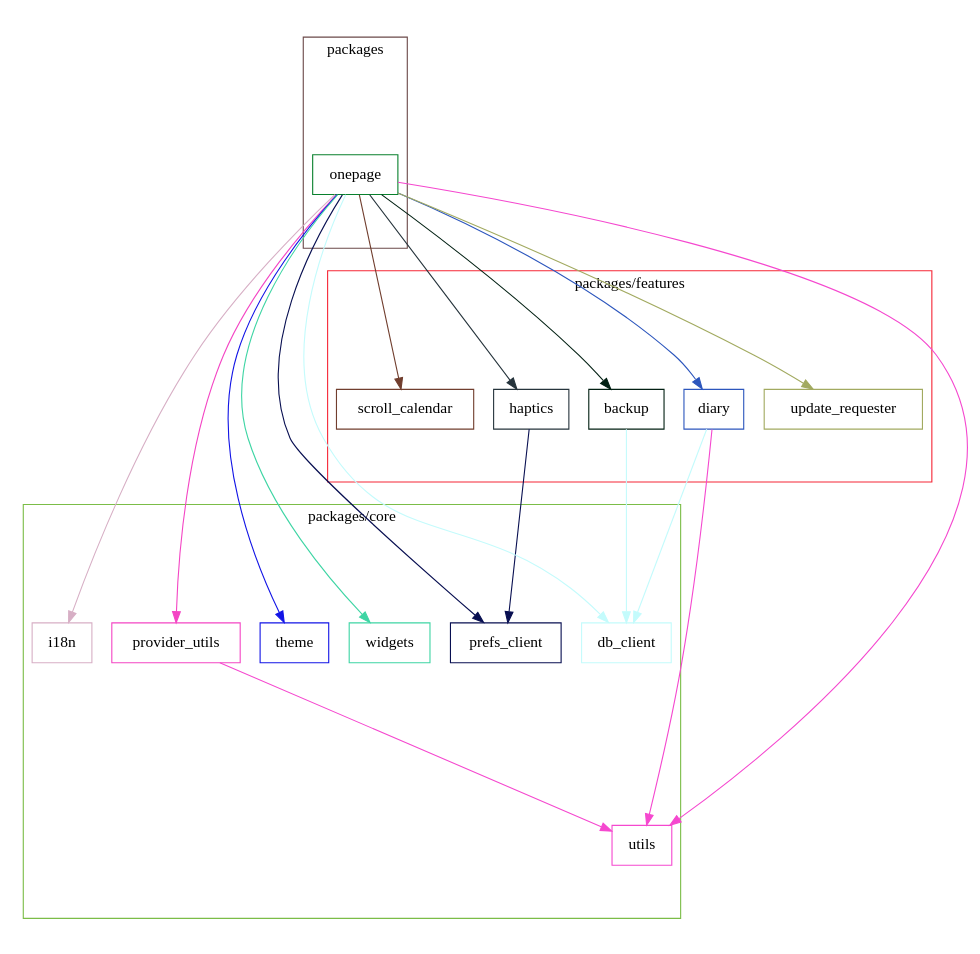
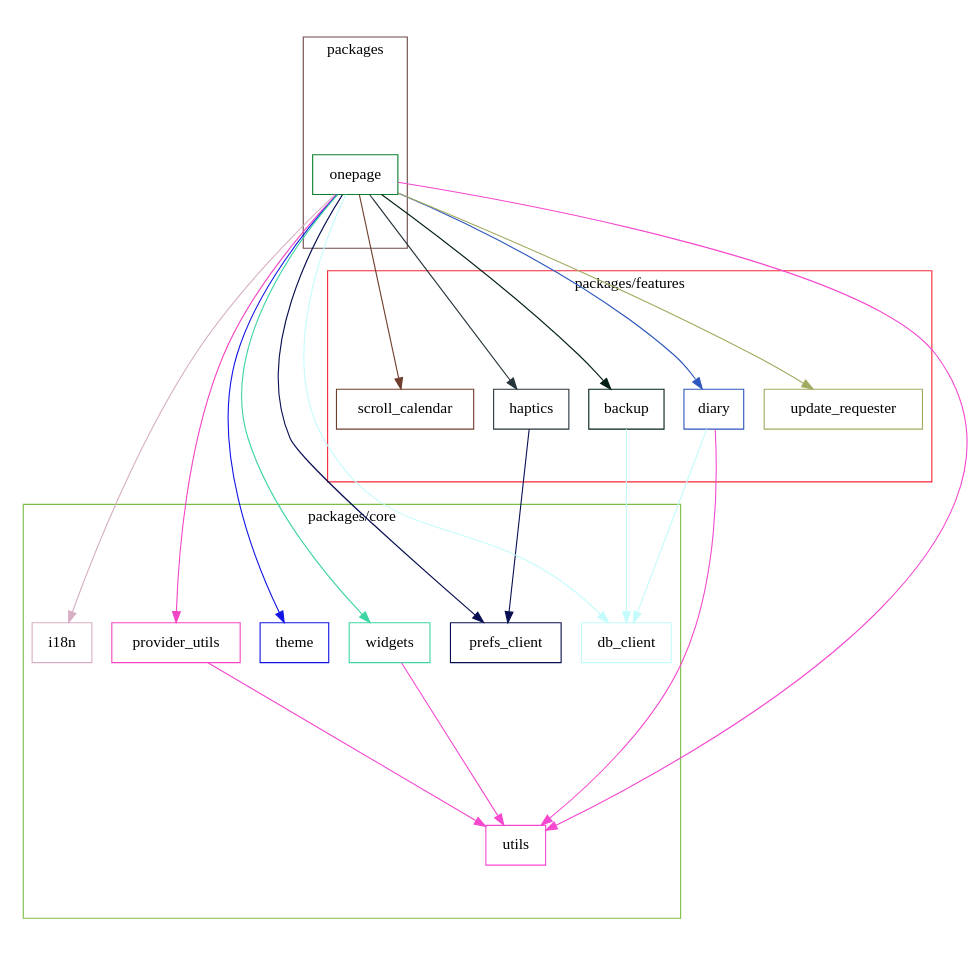
Before and after one commit to naipaka/onepage: the diagram in docs/dependency_graph.dot, drawn with Graphviz. The commit also changed 1 other file, not shown here.

Commit message:
Update Dependency Graph and SVG image (#97)

```diff
--- a/docs/dependency_graph.dot
+++ b/docs/dependency_graph.dot
@@ -1,58 +1,59 @@
 digraph packages {
   size="10"; ratio=fill;
   backup [shape="box"; color="#022013"];
   db_client [shape="box"; color="#c4fbfc"];
   diary [shape="box"; color="#2c56bd"];
   haptics [shape="box"; color="#26343c"];
   i18n [shape="box"; color="#d7afc5"];
   onepage [shape="box"; color="#08802d"];
   prefs_client [shape="box"; color="#080f51"];
   provider_utils [shape="box"; color="#f445c4"];
   scroll_calendar [shape="box"; color="#713e2e"];
   theme [shape="box"; color="#1214e6"];
   update_requester [shape="box"; color="#a2aa60"];
   utils [shape="box"; color="#f548cf"];
   widgets [shape="box"; color="#3ed5a4"];
   backup -> db_client [style="filled"; color="#c4fbfc"];
   diary -> db_client [style="filled"; color="#c4fbfc"];
   diary -> utils [style="filled"; color="#f548cf"];
   haptics -> prefs_client [style="filled"; color="#080f51"];
   onepage -> backup [style="filled"; color="#022013"];
   onepage -> db_client [style="filled"; color="#c4fbfc"];
   onepage -> diary [style="filled"; color="#2c56bd"];
   onepage -> haptics [style="filled"; color="#26343c"];
   onepage -> i18n [style="filled"; color="#d7afc5"];
   onepage -> prefs_client [style="filled"; color="#080f51"];
   onepage -> provider_utils [style="filled"; color="#f445c4"];
   onepage -> scroll_calendar [style="filled"; color="#713e2e"];
   onepage -> theme [style="filled"; color="#1214e6"];
   onepage -> update_requester [style="filled"; color="#a2aa60"];
   onepage -> utils [style="filled"; color="#f548cf"];
   onepage -> widgets [style="filled"; color="#3ed5a4"];
   provider_utils -> utils [style="filled"; color="#f548cf"];
+  widgets -> utils [style="filled"; color="#f548cf"];
   subgraph "cluster packages/features" {
     label="packages/features";
     color="#f62736";
     backup;
     diary;
     haptics;
     scroll_calendar;
     update_requester;
   }
   subgraph "cluster packages/core" {
     label="packages/core";
     color="#7bbd47";
     db_client;
     i18n;
     prefs_client;
     provider_utils;
     theme;
     utils;
     widgets;
   }
   subgraph "cluster packages" {
     label="packages";
     color="#6b4949";
     onepage;
   }
 }
```
